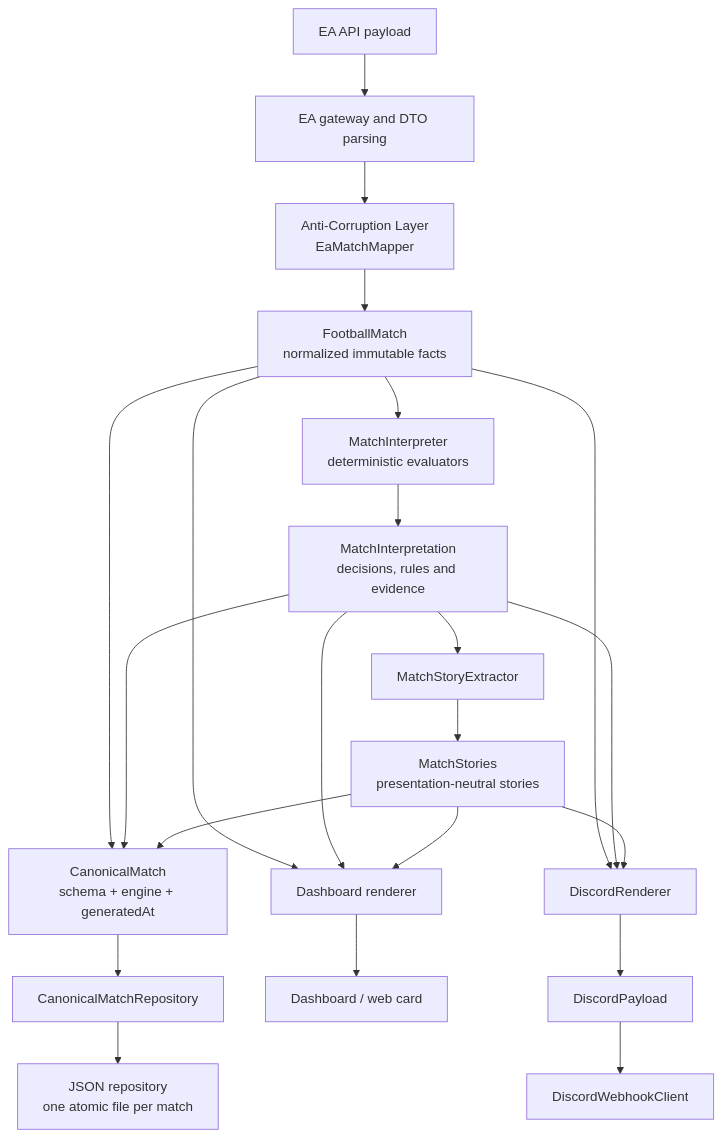
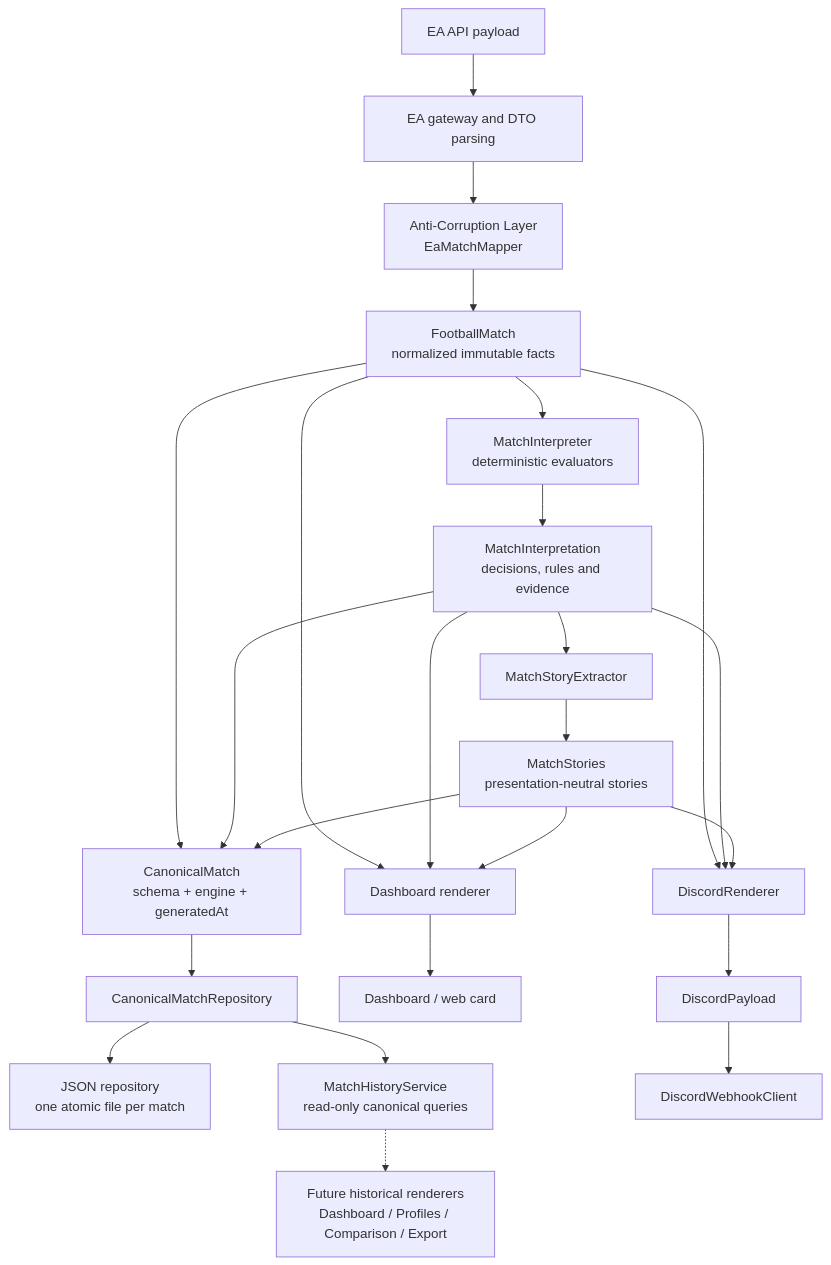
Before and after one commit to douglas-borba/eafc26-discord-stats: the diagram in docs/architecture.md, drawn with Mermaid. The commit also changed other lines of this file and 4 other files, not shown here.

Commit message:
feat: add canonical match history service

````diff
--- a/docs/architecture.md
+++ b/docs/architecture.md
@@ -13,24 +13,26 @@
 ```mermaid
 flowchart TD
     EA["EA API payload"] --> GW["EA gateway and DTO parsing"]
     GW --> ACL["Anti-Corruption Layer<br/>EaMatchMapper"]
     ACL --> FM["FootballMatch<br/>normalized immutable facts"]
     FM --> MI["MatchInterpreter<br/>deterministic evaluators"]
     MI --> INT["MatchInterpretation<br/>decisions, rules and evidence"]
     INT --> SE["MatchStoryExtractor"]
     SE --> MS["MatchStories<br/>presentation-neutral stories"]
     FM --> CM["CanonicalMatch<br/>schema + engine + generatedAt"]
     INT --> CM
     MS --> CM
     CM --> PORT["CanonicalMatchRepository"]
     PORT --> JSON["JSON repository<br/>one atomic file per match"]
+    PORT --> HIST["MatchHistoryService<br/>read-only canonical queries"]
+    HIST -.-> FUTURE["Future historical renderers<br/>Dashboard / Profiles / Comparison / Export"]
     FM --> DASH["Dashboard renderer"]
     INT --> DASH
     MS --> DASH
     FM --> DISC["DiscordRenderer"]
     INT --> DISC
     MS --> DISC
     DASH --> WEB["Dashboard / web card"]
     DISC --> PAYLOAD["DiscordPayload"]
     PAYLOAD --> HOOK["DiscordWebhookClient"]
 ```
````
